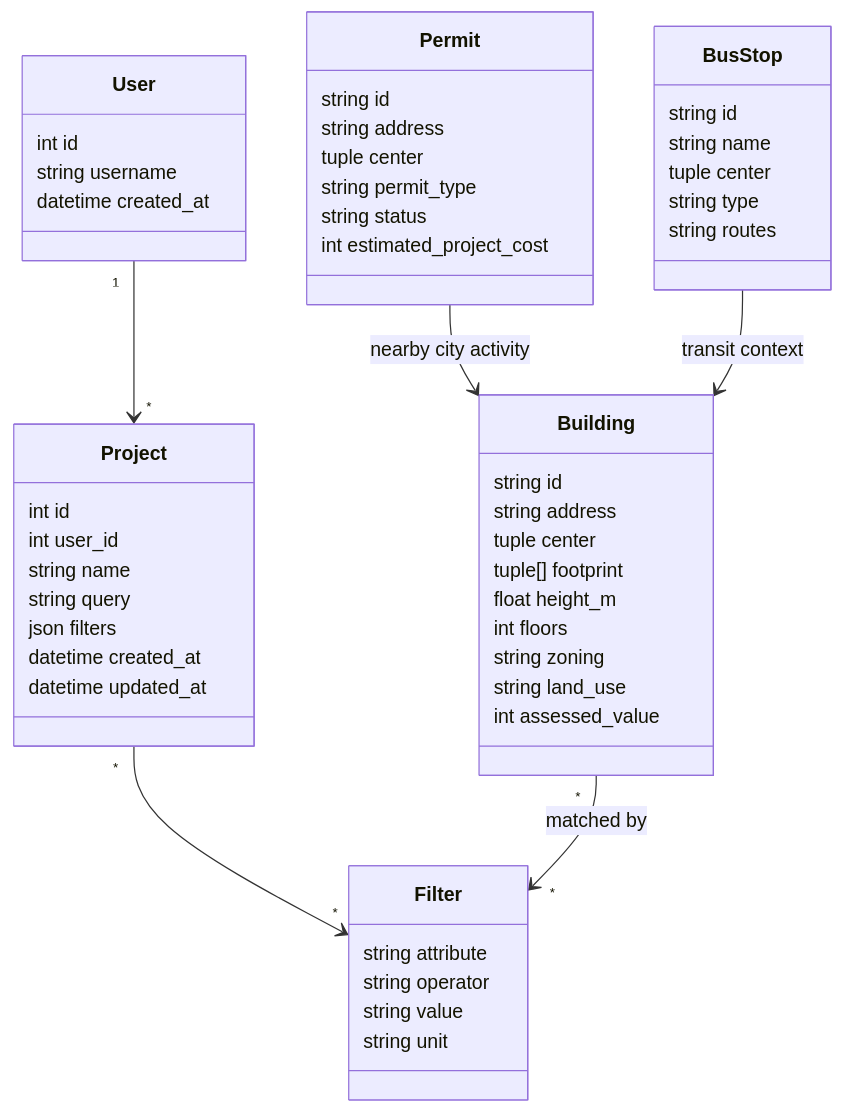
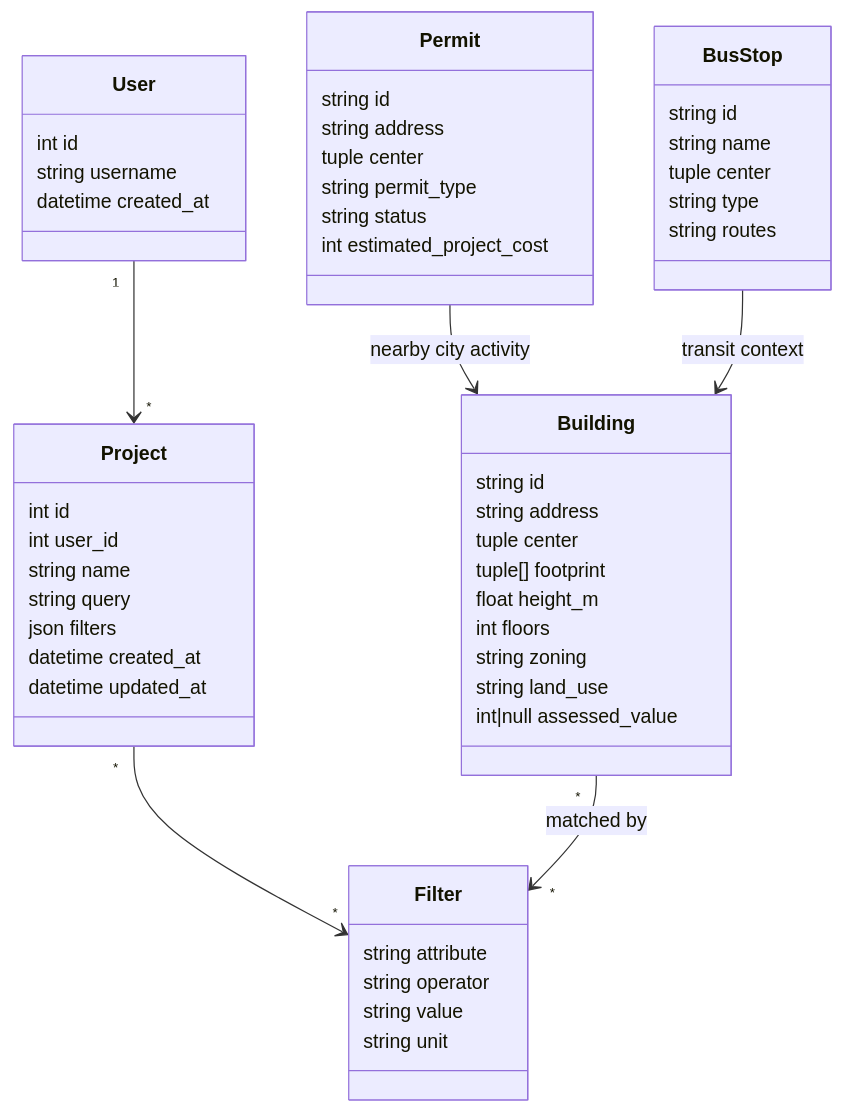
The first of 4 diagrams in docs/uml.md (shayanshaikh199/UrbanLens-YYC), drawn with Mermaid before and after one commit. The commit also changed 13 other files, not shown here.

````diff
--- a/docs/uml.md
+++ b/docs/uml.md
@@ -5,60 +5,60 @@
 ```mermaid
 classDiagram
   class User {
     int id
     string username
     datetime created_at
   }
 
   class Project {
     int id
     int user_id
     string name
     string query
     json filters
     datetime created_at
     datetime updated_at
   }
 
   class Building {
     string id
     string address
     tuple center
     tuple[] footprint
     float height_m
     int floors
     string zoning
     string land_use
-    int assessed_value
+    int|null assessed_value
   }
 
   class Permit {
     string id
     string address
     tuple center
     string permit_type
     string status
     int estimated_project_cost
   }
 
   class BusStop {
     string id
     string name
     tuple center
     string type
     string routes
   }
 
   class Filter {
     string attribute
     string operator
     string value
     string unit
   }
 
   User "1" --> "*" Project
   Project "*" --> "*" Filter
   Building "*" --> "*" Filter : matched by
   Permit --> Building : nearby city activity
   BusStop --> Building : transit context
 ```
````
